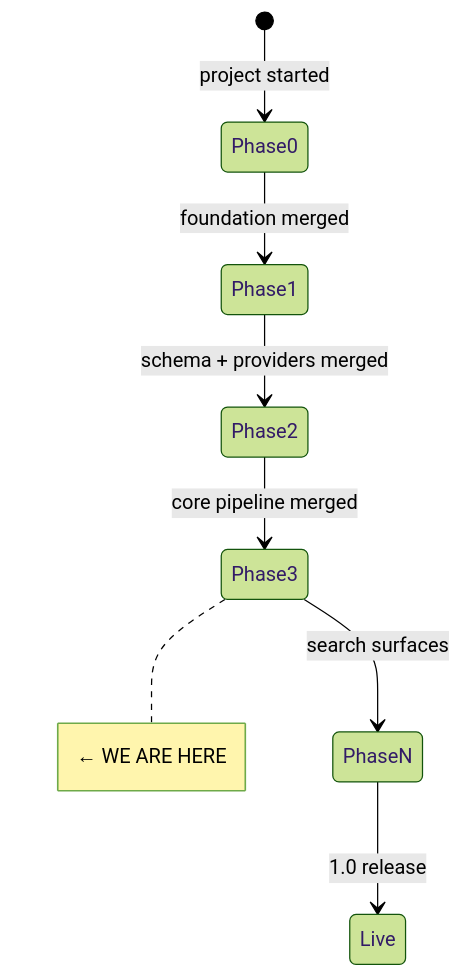
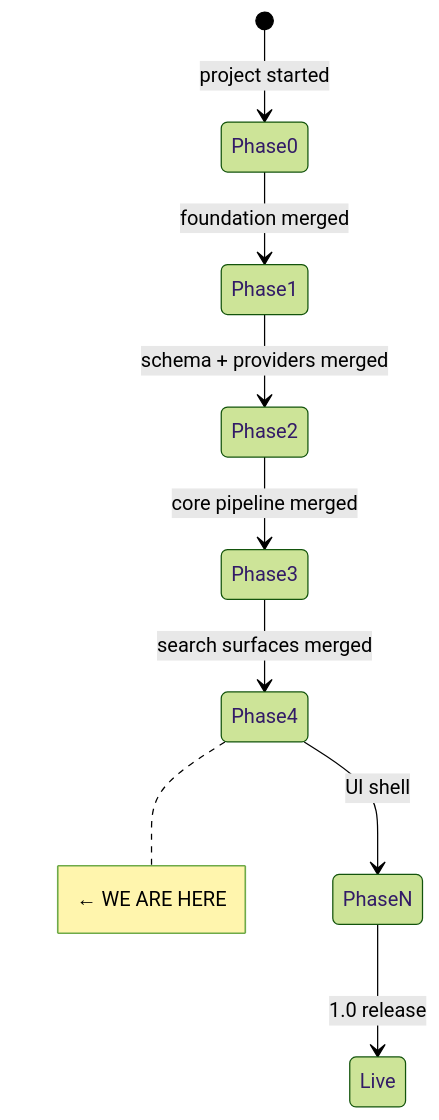
One commit to dataforaction-tom/open-recs-local changed the diagram in STATE.md. Above: the diagram before and after it, drawn with Mermaid (forest theme). The commit also changed other lines of this file and 3 other files, not shown here.

````diff
--- a/STATE.md
+++ b/STATE.md
@@ -7,11 +7,12 @@
 ```mermaid
 stateDiagram-v2
     [*] --> Phase0: project started
     Phase0 --> Phase1: foundation merged
     Phase1 --> Phase2: schema + providers merged
     Phase2 --> Phase3: core pipeline merged
-    Phase3 --> PhaseN: search surfaces
+    Phase3 --> Phase4: search surfaces merged
+    Phase4 --> PhaseN: UI shell
     PhaseN --> Live: 1.0 release
 
-    note right of Phase3: ← WE ARE HERE
+    note right of Phase4: ← WE ARE HERE
 ```
````
